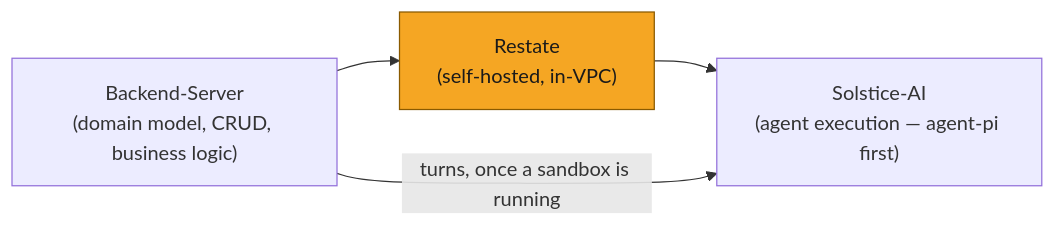
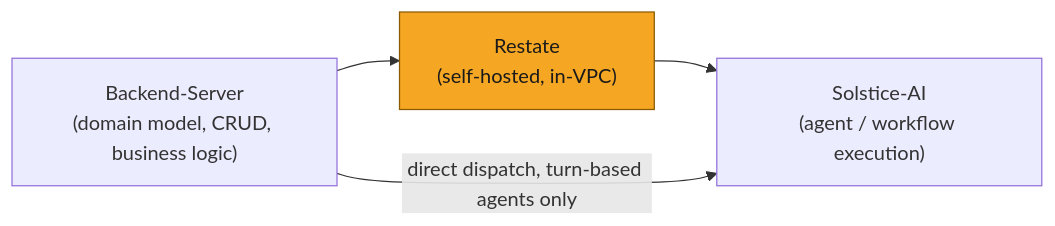
Before and after one commit to Solstice-Health/engineering-specs: the second of 7 diagrams in plans/SOL-2878-restate-agent-orchestration.md, drawn with Mermaid. The commit also changed other lines of this file, not shown here.

First line of the commit message:
SOL-2878: generalize System views to three shapes of work, not just agent-pi

````diff
--- a/plans/SOL-2878-restate-agent-orchestration.md
+++ b/plans/SOL-2878-restate-agent-orchestration.md
@@ -68,7 +68,7 @@
 ```mermaid
 flowchart LR
     classDef delta fill:#F5A623,stroke:#8A5A00,color:#1A1A1A
     BE["Backend-Server\n(domain model, CRUD, business logic)"] --> R["Restate\n(self-hosted, in-VPC)"]:::delta
-    R --> AI["Solstice-AI\n(agent execution — agent-pi first)"]
-    BE -- turns, once a sandbox is running --> AI
+    R --> AI["Solstice-AI\n(agent / workflow execution)"]
+    BE -- direct dispatch, turn-based agents only --> AI
 ```
````
